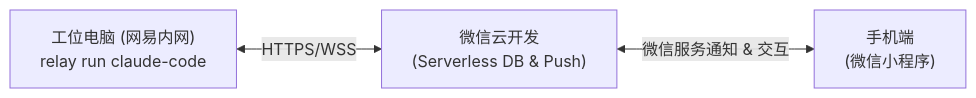
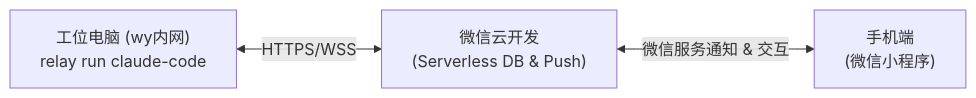
Before and after one commit to amyzhou6667/wy-work-record: the diagram in projects/AgentRelay/README.md, drawn with Mermaid. The commit also changed other lines of this file and 3 other files, not shown here.

````diff
--- a/projects/AgentRelay/README.md
+++ b/projects/AgentRelay/README.md
@@ -27,5 +27,5 @@
 ```mermaid
 flowchart LR
-    OfficePC["工位电脑 (网易内网)<br/>relay run claude-code"] <-->|HTTPS/WSS| WeChatCloud["微信云开发<br/>(Serverless DB & Push)"]
+    OfficePC["工位电脑 (wy内网)<br/>relay run claude-code"] <-->|HTTPS/WSS| WeChatCloud["微信云开发<br/>(Serverless DB & Push)"]
     WeChatCloud <-->|微信服务通知 & 交互| Mobile["手机端<br/>(微信小程序)"]
 ```
````
